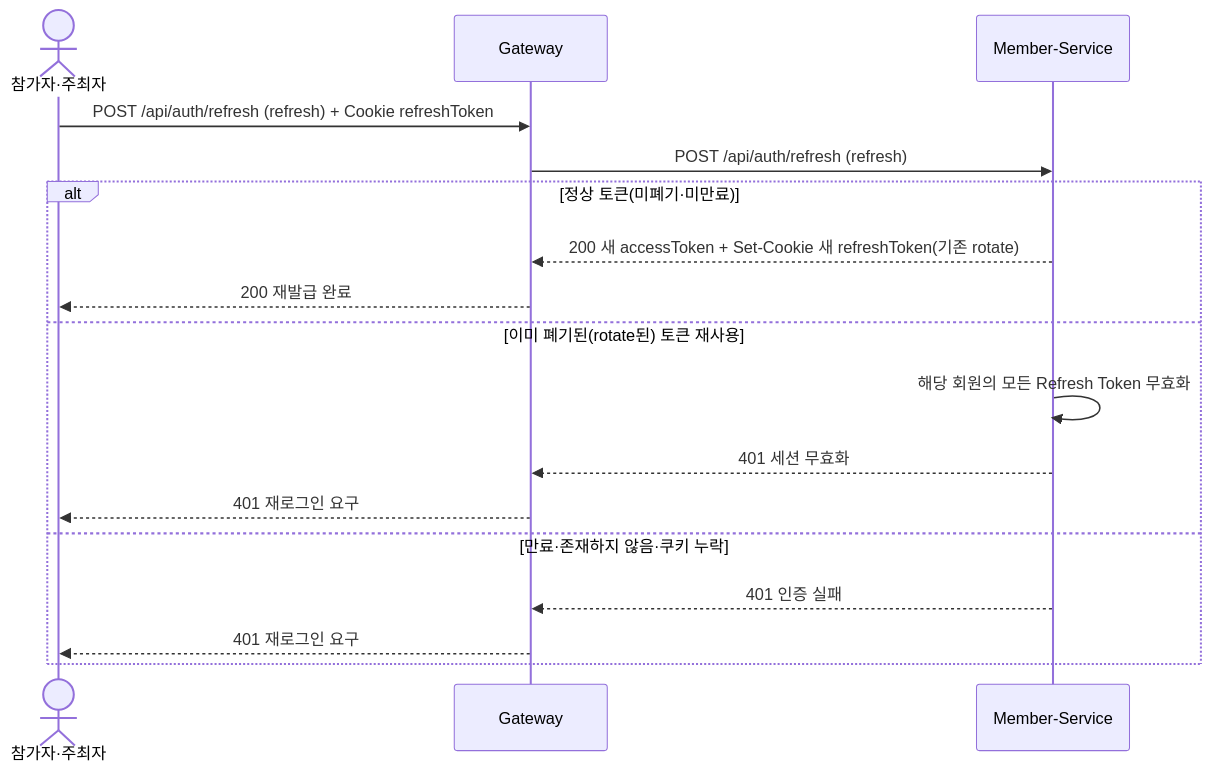
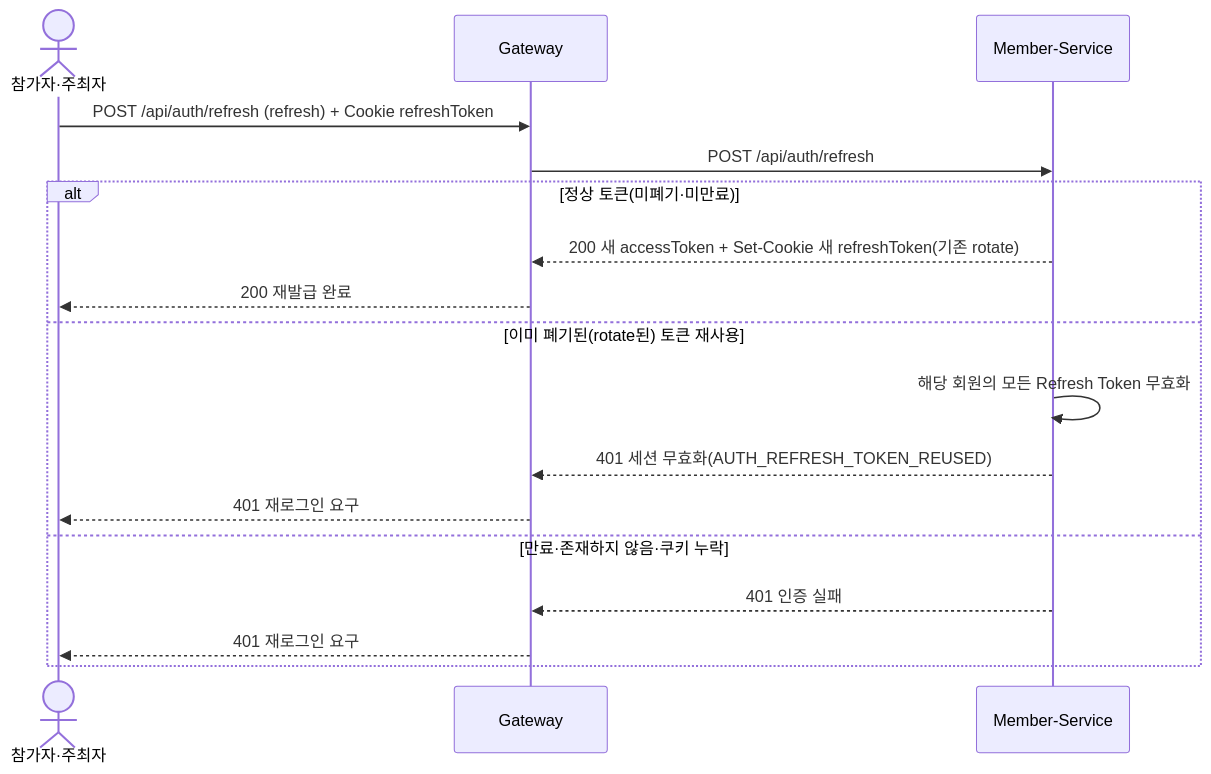
One commit to likelion-backend-24th/Final-Project-Team3 changed the third of 30 diagrams in docs/시퀀스.md. Above: the diagram before and after it, drawn with Mermaid. The commit also changed other lines of this file and 4 other files, not shown here.

````diff
--- a/docs/시퀀스.md
+++ b/docs/시퀀스.md
@@ -62,19 +70,19 @@
 ```mermaid
 sequenceDiagram
     actor P as 참가자·주최자
     participant G as Gateway
     participant MS as Member-Service
     P->>G: POST /api/auth/refresh (refresh) + Cookie refreshToken
-    G->>MS: POST /api/auth/refresh (refresh)
+    G->>MS: POST /api/auth/refresh
     alt 정상 토큰(미폐기·미만료)
         MS-->>G: 200 새 accessToken + Set-Cookie 새 refreshToken(기존 rotate)
         G-->>P: 200 재발급 완료
     else 이미 폐기된(rotate된) 토큰 재사용
         MS->>MS: 해당 회원의 모든 Refresh Token 무효화
-        MS-->>G: 401 세션 무효화
+        MS-->>G: 401 세션 무효화(AUTH_REFRESH_TOKEN_REUSED)
         G-->>P: 401 재로그인 요구
     else 만료·존재하지 않음·쿠키 누락
         MS-->>G: 401 인증 실패
         G-->>P: 401 재로그인 요구
     end
 ```
````
